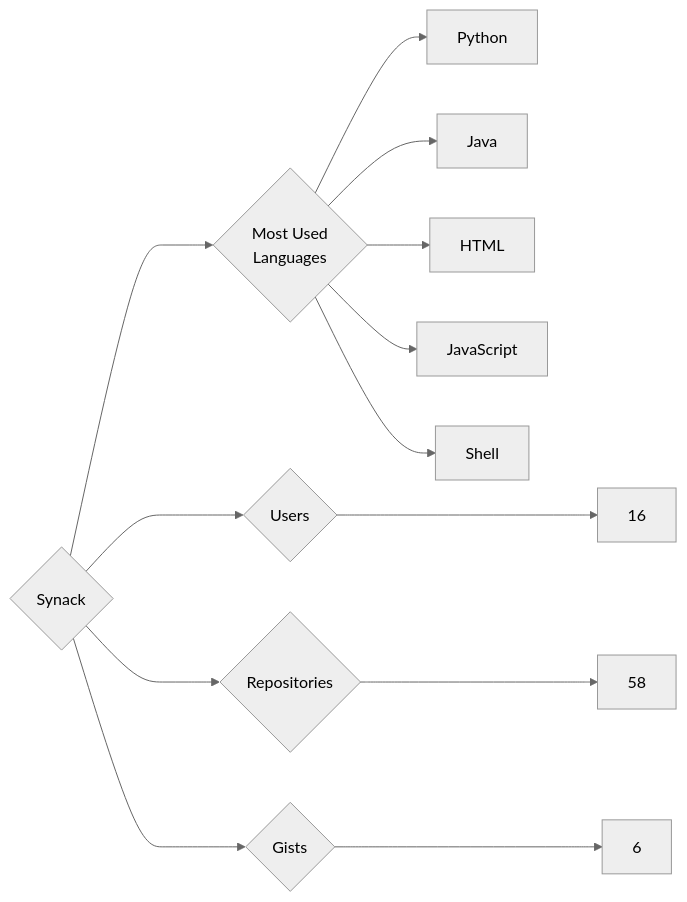
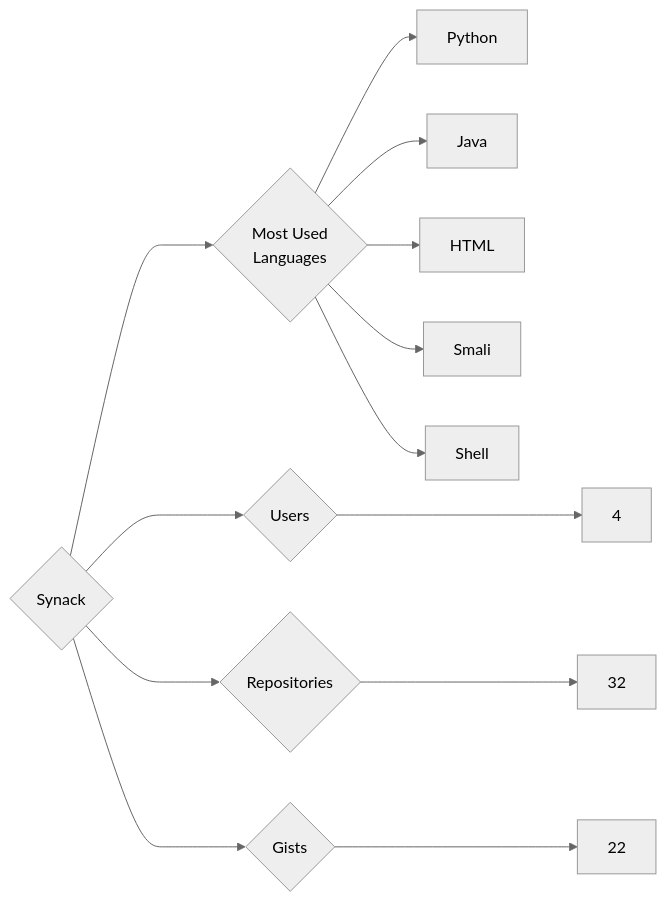
The diagram in targets/Synack/README.md (trickest/insiders), drawn with Mermaid (neutral theme) before and after one commit. The commit also changed 870 other files, not shown here.

````diff
--- a/targets/Synack/README.md
+++ b/targets/Synack/README.md
@@ -3,13 +3,13 @@
 ```mermaid
 graph LR
 COMPANY_NAME{Synack}
-COMPANY_NAME ---> U{Users} ---> UN[16]
-COMPANY_NAME ---> R{Repositories} ---> RN[58]
-COMPANY_NAME ---> G{Gists} ---> GN[6]
+COMPANY_NAME ---> U{Users} ---> UN[4]
+COMPANY_NAME ---> R{Repositories} ---> RN[32]
+COMPANY_NAME ---> G{Gists} ---> GN[22]
 COMPANY_NAME ---> ML{Most Used<br>Languages}
 ML --> Python[Python]
 ML --> Java[Java]
 ML --> HTML[HTML]
-ML --> JavaScript[JavaScript]
+ML --> Smali[Smali]
 ML --> Shell[Shell]
 ```
````
